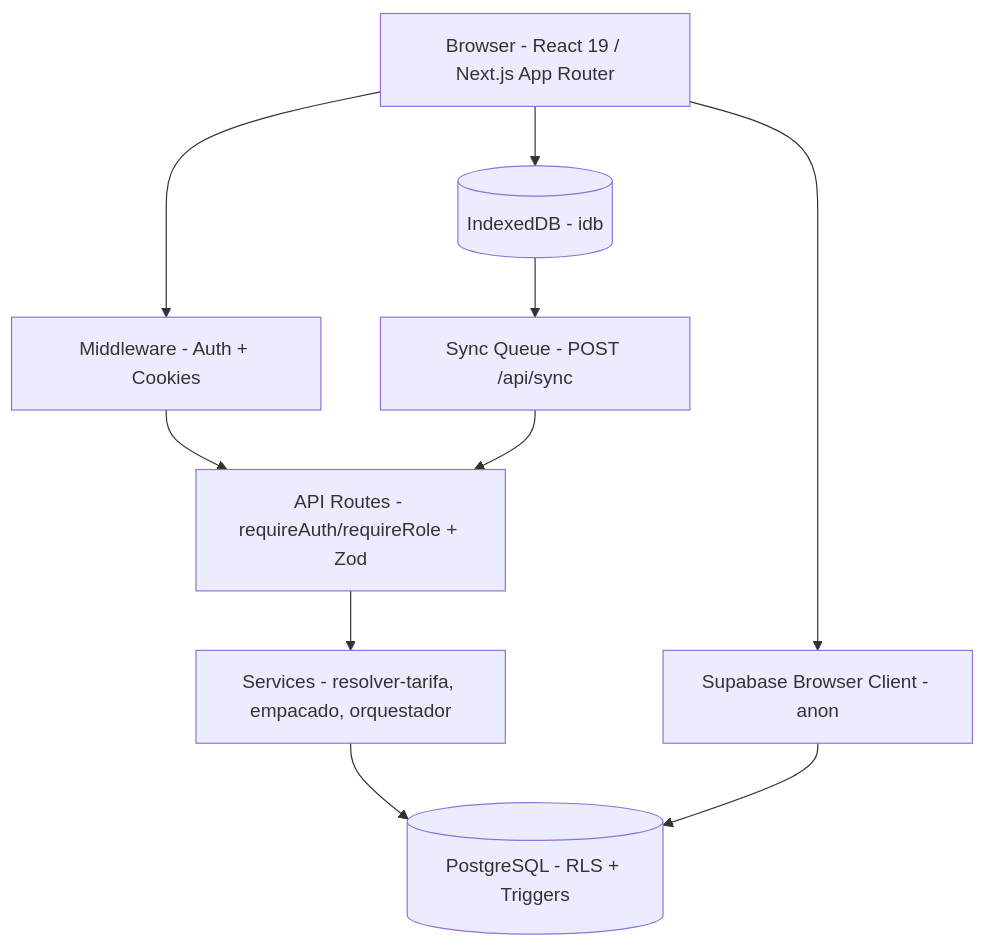
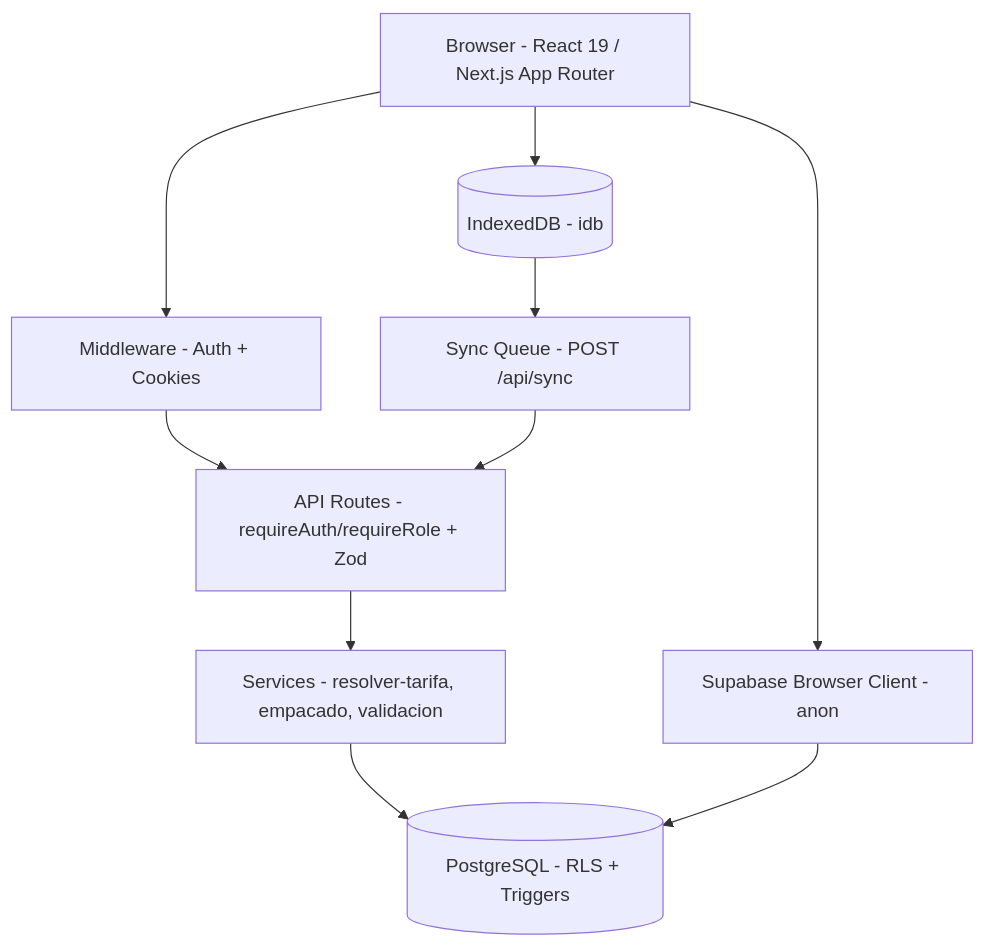
One commit to Brandoncm21/cac-desamparados-roast-manager changed the diagram in docs/ARCHITECTURE.md. Above: the diagram before and after it, drawn with Mermaid. The commit also changed other lines of this file and 2 other files, not shown here.

First line of the commit message:
docs: corregir referencias al orquestador eliminado y registrar el refactor

````diff
--- a/docs/ARCHITECTURE.md
+++ b/docs/ARCHITECTURE.md
@@ -9,15 +9,15 @@
 ```mermaid
 %% Ver archivo fuente: docs/diagrams/system_arch.mmd
 graph TB
     Browser[Browser - React 19 / Next.js App Router]
     Middleware[Middleware - Auth + Cookies]
     API[API Routes - requireAuth/requireRole + Zod]
-    Services[Services - resolver-tarifa, empacado, orquestador]
+    Services[Services - resolver-tarifa, empacado, validacion]
     DB[(PostgreSQL - RLS + Triggers)]
     SupabaseClient[Supabase Browser Client - anon]
     OfflineDB[(IndexedDB - idb)]
     Sync[Sync Queue - POST /api/sync]
     Browser --> Middleware --> API --> Services --> DB
     Browser --> SupabaseClient --> DB
     Browser --> OfflineDB --> Sync --> API
 ```
````
